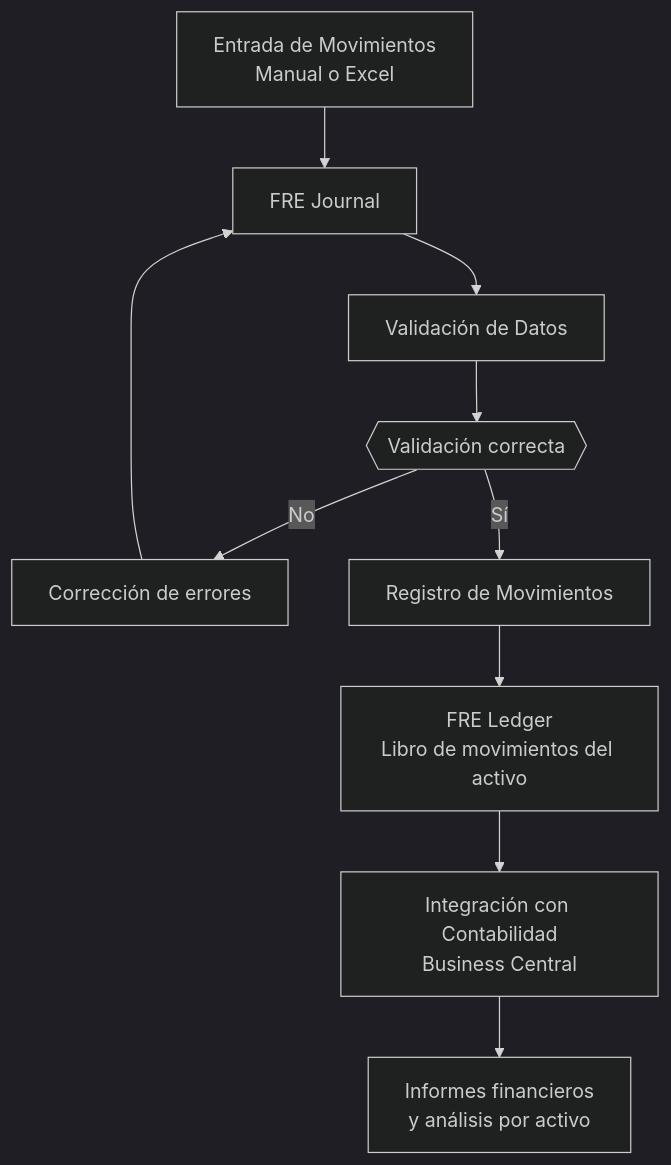
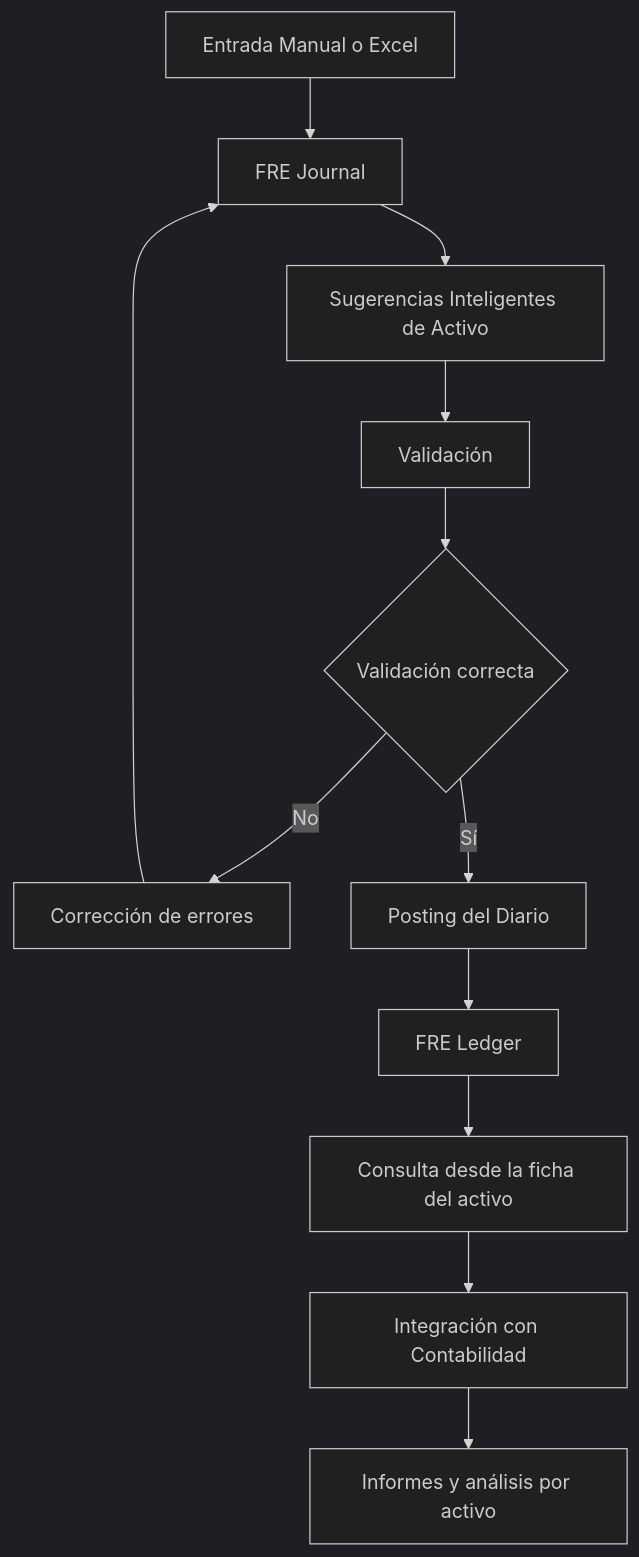
The second of 2 diagrams in Readme.md (tforne/OneData.PropertyManagement), drawn with Mermaid (dark theme) before and after one commit. The commit also changed other lines of this file and 36 other files, not shown here.

````diff
--- a/Readme.md
+++ b/Readme.md
@@ -155,20 +241,17 @@
 ```mermaid
 flowchart TD
 
-A[Entrada de Movimientos<br>Manual o Excel] --> B[FRE Journal]
+A[Entrada Manual o Excel] --> B[FRE Journal]
+B --> C[Sugerencias Inteligentes de Activo]
+C --> D[Validación]
+D --> E{Validación correcta}
 
-B --> C[Validación de Datos]
+E -- No --> F[Corrección de errores]
+F --> B
 
-C --> D{{Validación correcta}}
-
-D -- No --> E[Corrección de errores]
-E --> B
-
-D -- Sí --> F[Registro de Movimientos]
-
-F --> G[FRE Ledger<br>Libro de movimientos del activo]
-
-G --> H[Integración con Contabilidad<br>Business Central]
-
-H --> I[Informes financieros<br>y análisis por activo]
+E -- Sí --> G[Posting del Diario]
+G --> H[FRE Ledger]
+H --> I[Consulta desde la ficha del activo]
+I --> J[Integración con Contabilidad]
+J --> K[Informes y análisis por activo]
 ```
````
